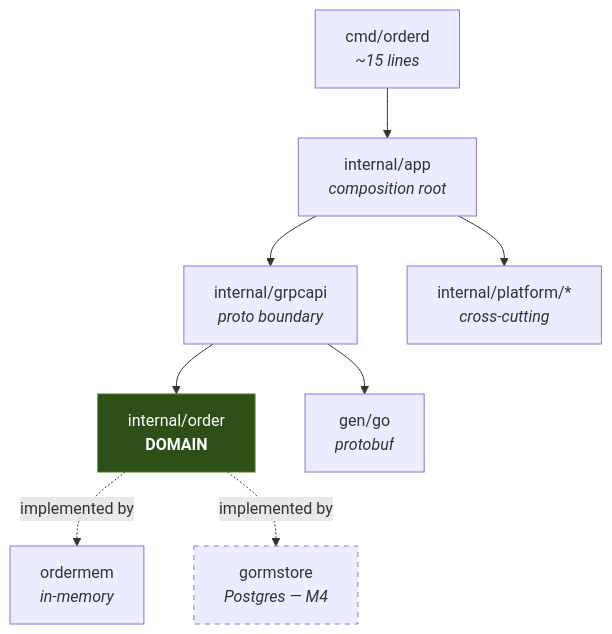
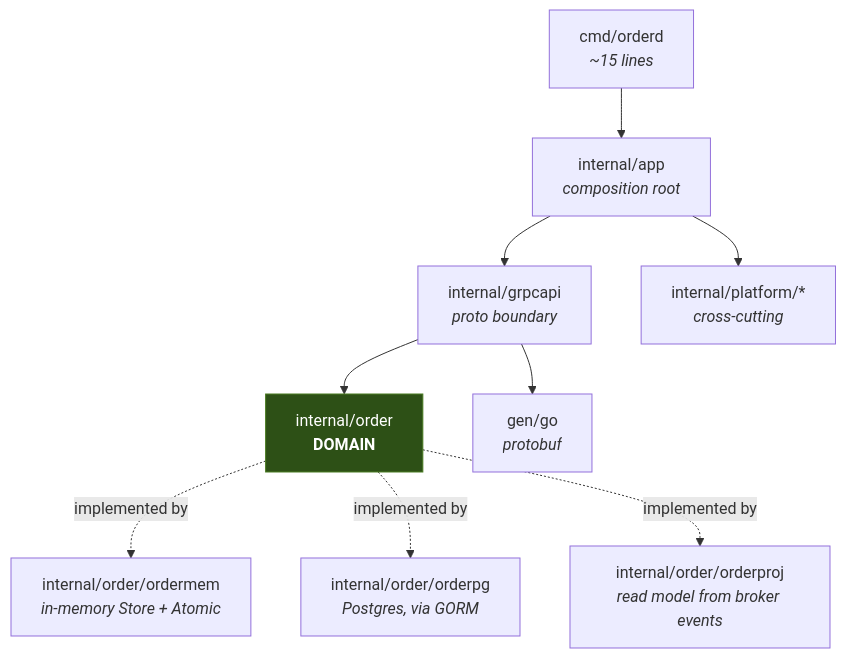
One commit to pongsakorn-dev/boilerplate-go-grpc-microservices changed the diagram in README.md. Above: the diagram before and after it, drawn with Mermaid. The commit also changed other lines of this file and 3 other files, not shown here.

First line of the commit message:
fix: unbreak two markdown tables, correct the diagram, add ADR 0005

````diff
--- a/README.md
+++ b/README.md
@@ -211,13 +211,13 @@
 ```mermaid
 graph TD
     A["cmd/orderd<br/><i>~15 lines</i>"] --> B["internal/app<br/><i>composition root</i>"]
     B --> C["internal/grpcapi<br/><i>proto boundary</i>"]
     B --> D["internal/platform/*<br/><i>cross-cutting</i>"]
     C --> E["internal/order<br/><b>DOMAIN</b>"]
     C --> F["gen/go<br/><i>protobuf</i>"]
-    E -.->|"implemented by"| G["ordermem<br/><i>in-memory</i>"]
-    E -.->|"implemented by"| H["gormstore<br/><i>Postgres — M4</i>"]
+    E -.->|"implemented by"| G["internal/order/ordermem<br/><i>in-memory Store + Atomic</i>"]
+    E -.->|"implemented by"| H["internal/order/orderpg<br/><i>Postgres, via GORM</i>"]
+    E -.->|"implemented by"| I["internal/order/orderproj<br/><i>read model from broker events</i>"]
 
     style E fill:#2d5016,stroke:#4a7c22,color:#fff
-    style H stroke-dasharray: 5 5
 ```
````
